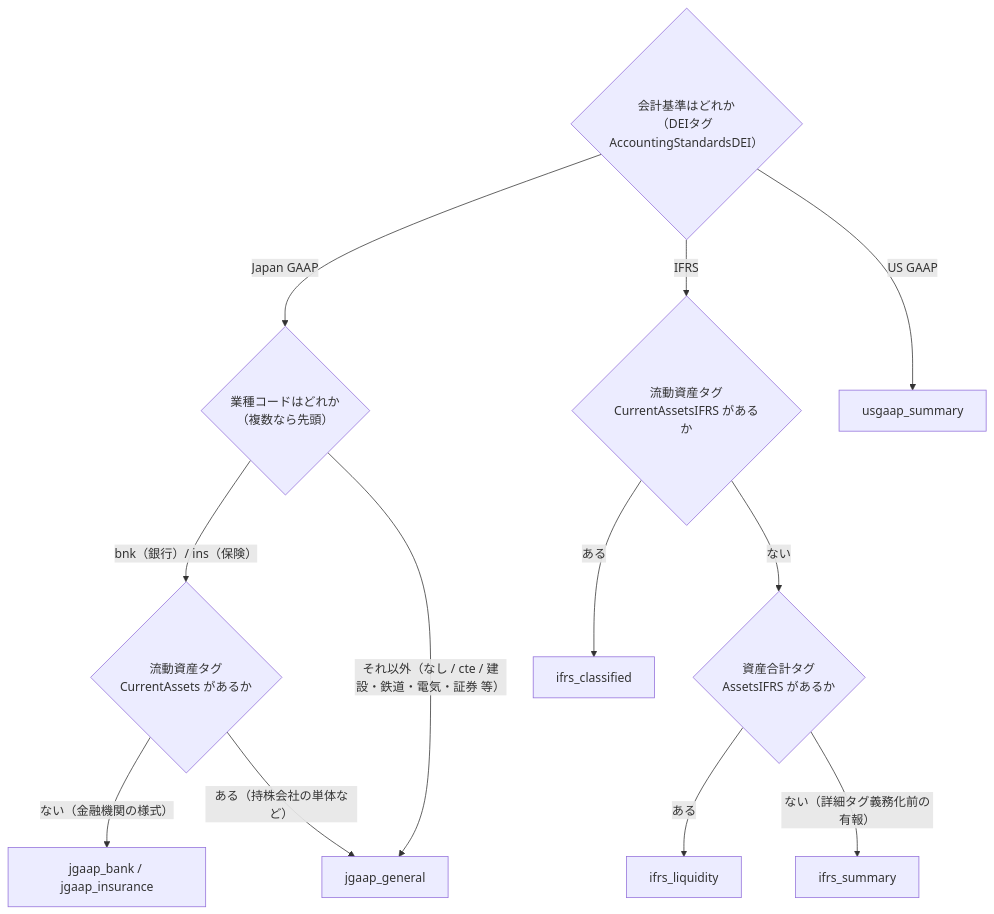
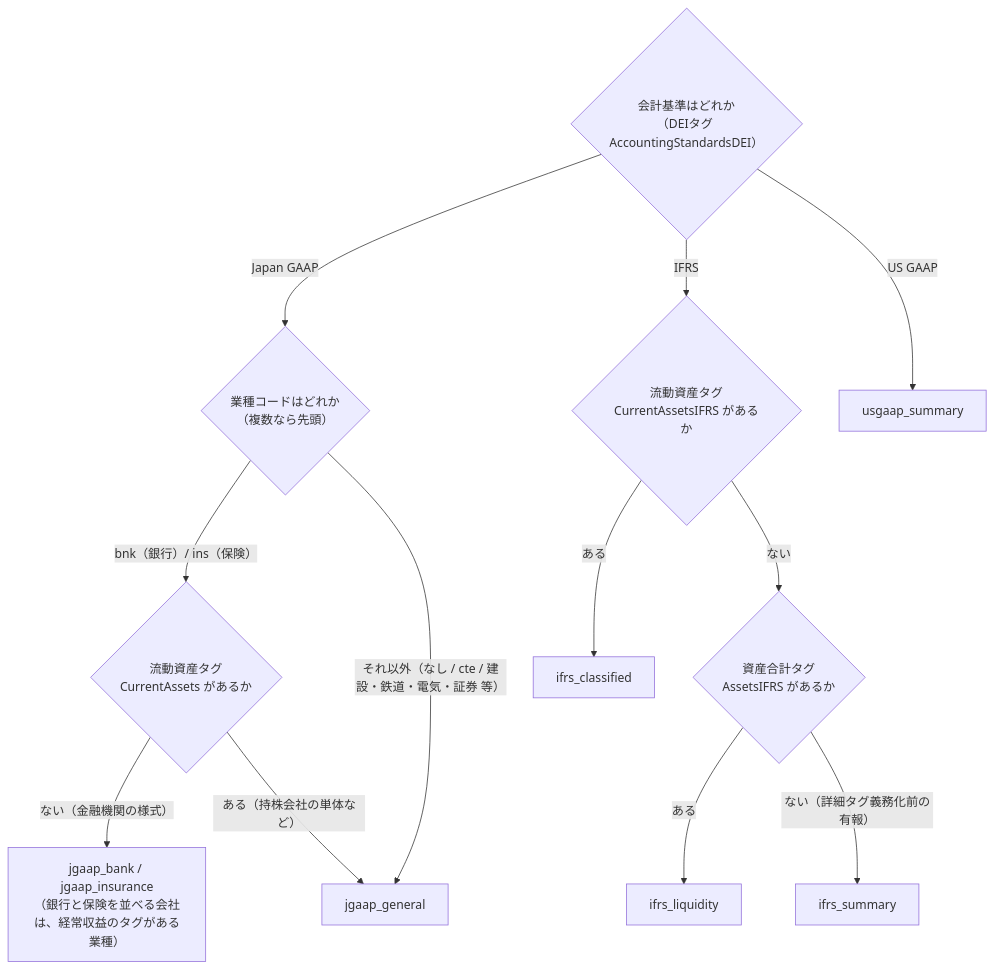
The seventh of 9 diagrams in docs/guide/03_data_flow.md (shin4488/financial-statement), drawn with Mermaid before and after one commit. The commit also changed other lines of this file and 22 other files, not shown here.

````diff
--- a/docs/guide/03_data_flow.md
+++ b/docs/guide/03_data_flow.md
@@ -226,14 +226,14 @@
 ```mermaid
 flowchart TB
     Start{"会計基準はどれか<br>（DEIタグ AccountingStandardsDEI）"} -->|Japan GAAP| Ind{"業種コードはどれか<br>（複数なら先頭）"}
     Start -->|IFRS| Tag{"流動資産タグ<br>CurrentAssetsIFRS があるか"}
     Start -->|US GAAP| UsSum["usgaap_summary"]
     Ind -->|"bnk（銀行）/ ins（保険）"| FinTag{"流動資産タグ<br>CurrentAssets があるか"}
     Ind -->|"それ以外（なし / cte / 建設・鉄道・電気・証券 等）"| General["jgaap_general"]
-    FinTag -->|"ない（金融機関の様式）"| Fin["jgaap_bank / jgaap_insurance"]
+    FinTag -->|"ない（金融機関の様式）"| Fin["jgaap_bank / jgaap_insurance<br>（銀行と保険を並べる会社は、経常収益のタグがある業種）"]
     FinTag -->|"ある（持株会社の単体など）"| General
     Tag -->|ある| Cls["ifrs_classified"]
     Tag -->|"ない"| AssetsTag{"資産合計タグ<br>AssetsIFRS があるか"}
     AssetsTag -->|ある| Liq["ifrs_liquidity"]
     AssetsTag -->|"ない（詳細タグ義務化前の有報）"| Sum["ifrs_summary"]
 ```
````
